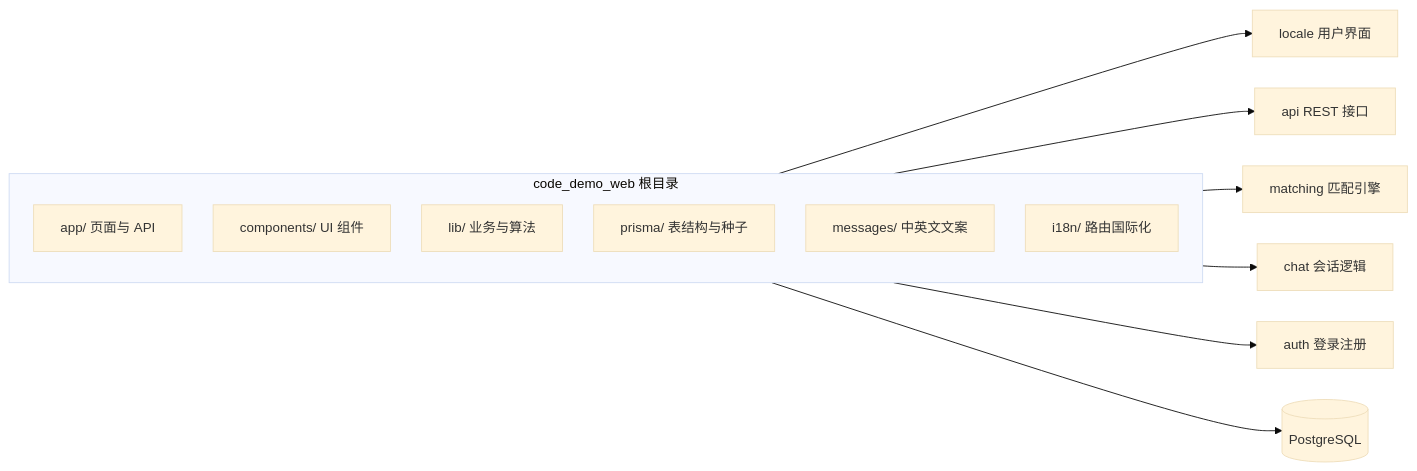
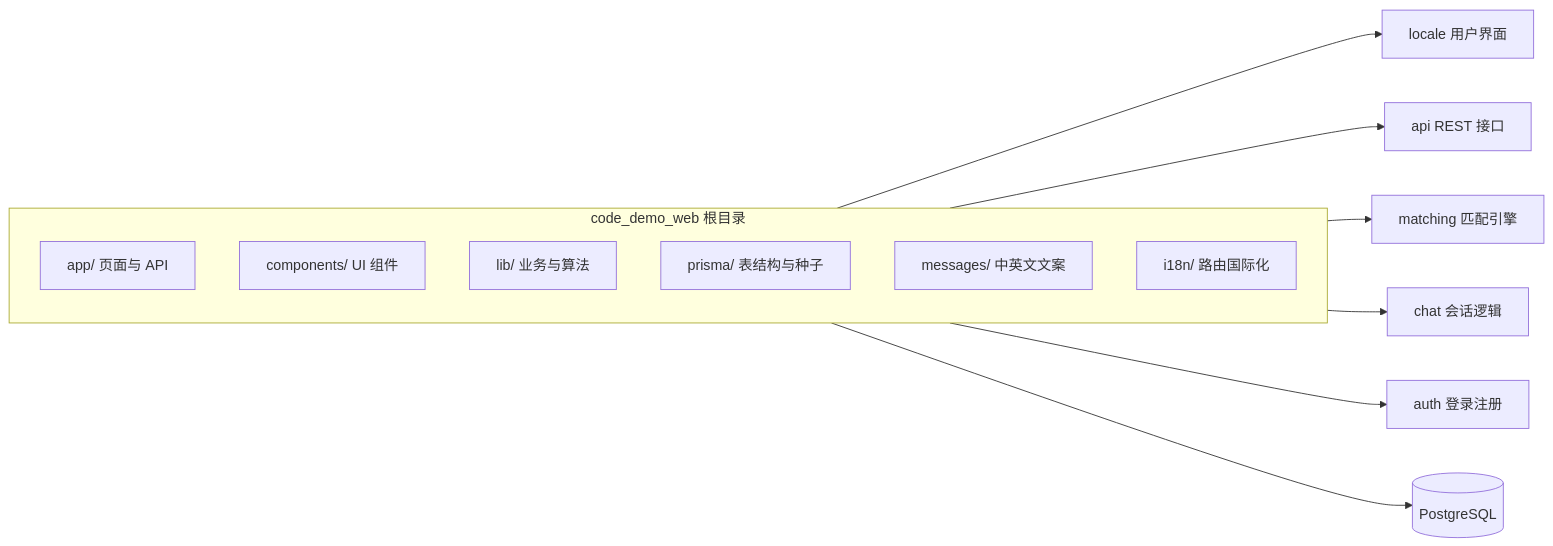
Before and after one commit to FrankDengAI/founder-bridge-AI: the seventh of 13 diagrams in README.md, drawn with Mermaid. The commit also changed other lines of this file and 75 other files, not shown here.

````diff
--- a/README.md
+++ b/README.md
@@ -821,20 +1103,19 @@
 ```mermaid
-%%{init: {'theme': 'base', 'themeVariables': {'fontSize': '15px'}, 'flowchart': {'nodeSpacing': 35, 'rankSpacing': 45}}}%%
 flowchart LR
   subgraph Root ["code_demo_web 根目录"]
     direction TB
     APP["app/ 页面与 API"]
     COMP["components/ UI 组件"]
     LIB["lib/ 业务与算法"]
     PRISMA["prisma/ 表结构与种子"]
     MSG["messages/ 中英文文案"]
     I18N["i18n/ 路由国际化"]
   end
 
   APP --> P1["locale 用户界面"]
   APP --> P2["api REST 接口"]
   LIB --> L1["matching 匹配引擎"]
   LIB --> L2["chat 会话逻辑"]
   LIB --> L3["auth 登录注册"]
   PRISMA --> DB[("PostgreSQL")]
 ```
````
